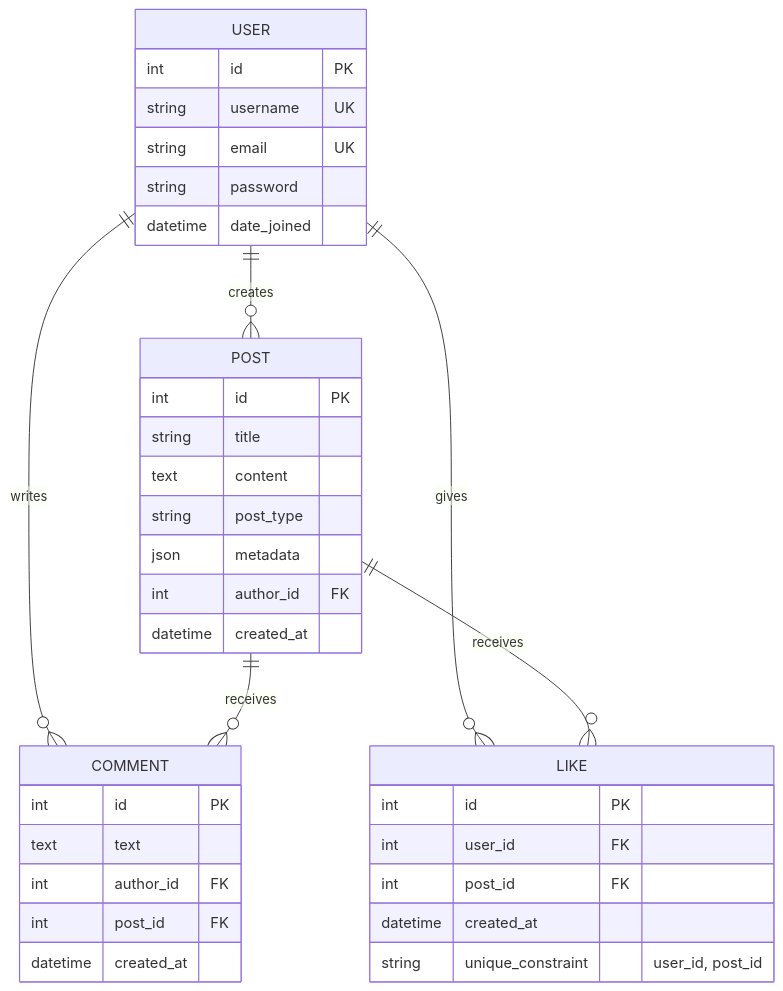
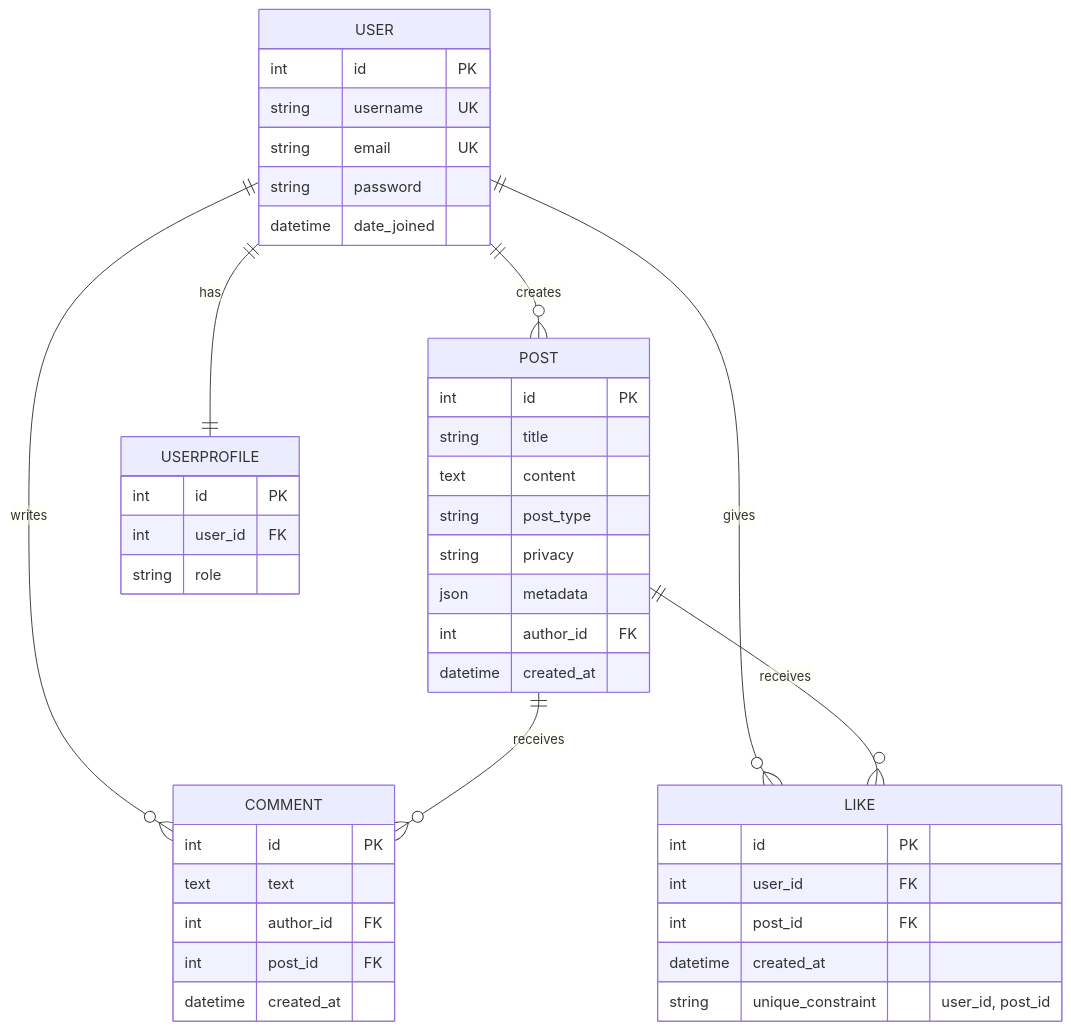
One commit to Mihoqr/connectly-rest-api changed the first of 5 diagrams in README.md. Above: the diagram before and after it, drawn with Mermaid. The commit also changed other lines of this file, not shown here.

Commit message:
Enhance README with privacy field and feed updates
Updated entity relationship diagram and API endpoint mappings to include privacy field for posts and adjust feed retrieval logic.

````diff
--- a/README.md
+++ b/README.md
@@ -134,42 +134,99 @@
 ```mermaid
 erDiagram
+
     USER ||--o{ POST : creates
+
     USER ||--o{ COMMENT : writes
+
     USER ||--o{ LIKE : gives
+
+    USER ||--|| USERPROFILE : has
+
     POST ||--o{ COMMENT : receives
+
     POST ||--o{ LIKE : receives
 
+
+
     USER {
+
         int id PK
+
         string username UK
+
         string email UK
+
         string password
+
         datetime date_joined
+
     }
 
-    POST {
+
+
+    USERPROFILE {
+
         int id PK
-        string title
-        text content
-        string post_type
-        json metadata
-        int author_id FK
-        datetime created_at
+
+        int user_id FK
+
+        string role
+
     }
 
-    COMMENT {
+
+
+    POST {
+
         int id PK
-        text text
+
+        string title
+
+        text content
+
+        string post_type
+
+        string privacy
+
+        json metadata
+
         int author_id FK
-        int post_id FK
+
         datetime created_at
+
     }
 
+
+
+    COMMENT {
+
+        int id PK
+
+        text text
+
+        int author_id FK
+
+        int post_id FK
+
+        datetime created_at
+
+    }
+
+
+
     LIKE {
+
         int id PK
+
         int user_id FK
+
         int post_id FK
+
         datetime created_at
+
         string unique_constraint "user_id, post_id"
+
     }
+
+
 ```
````
